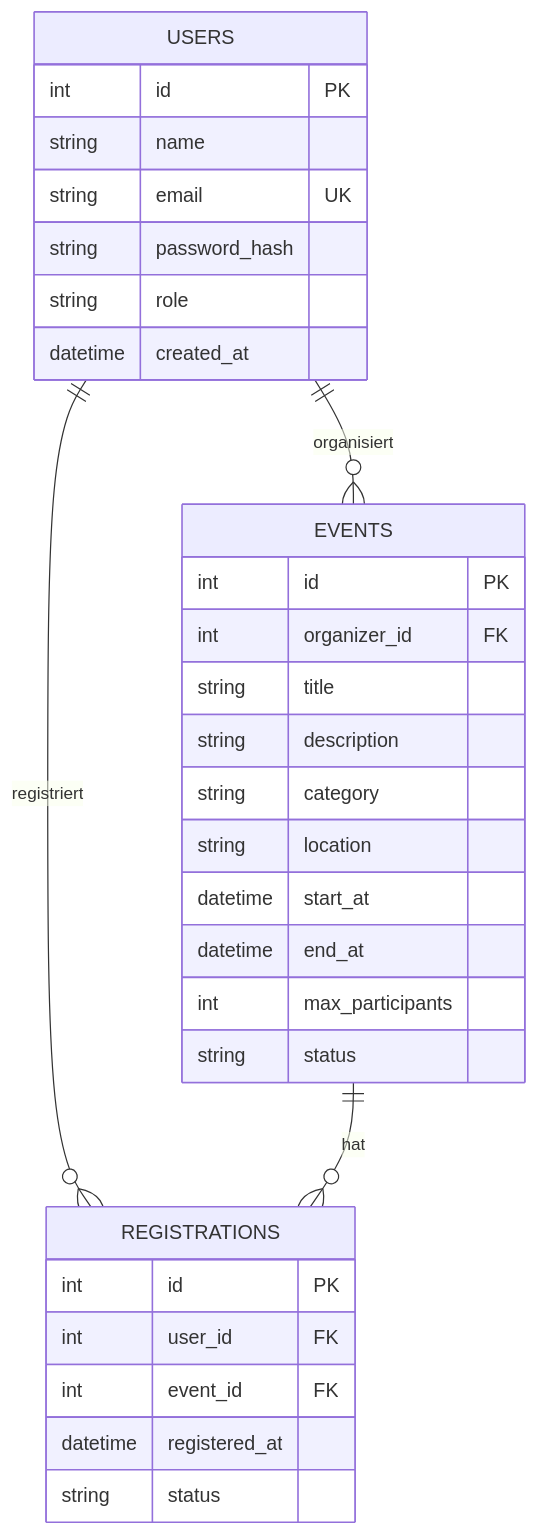
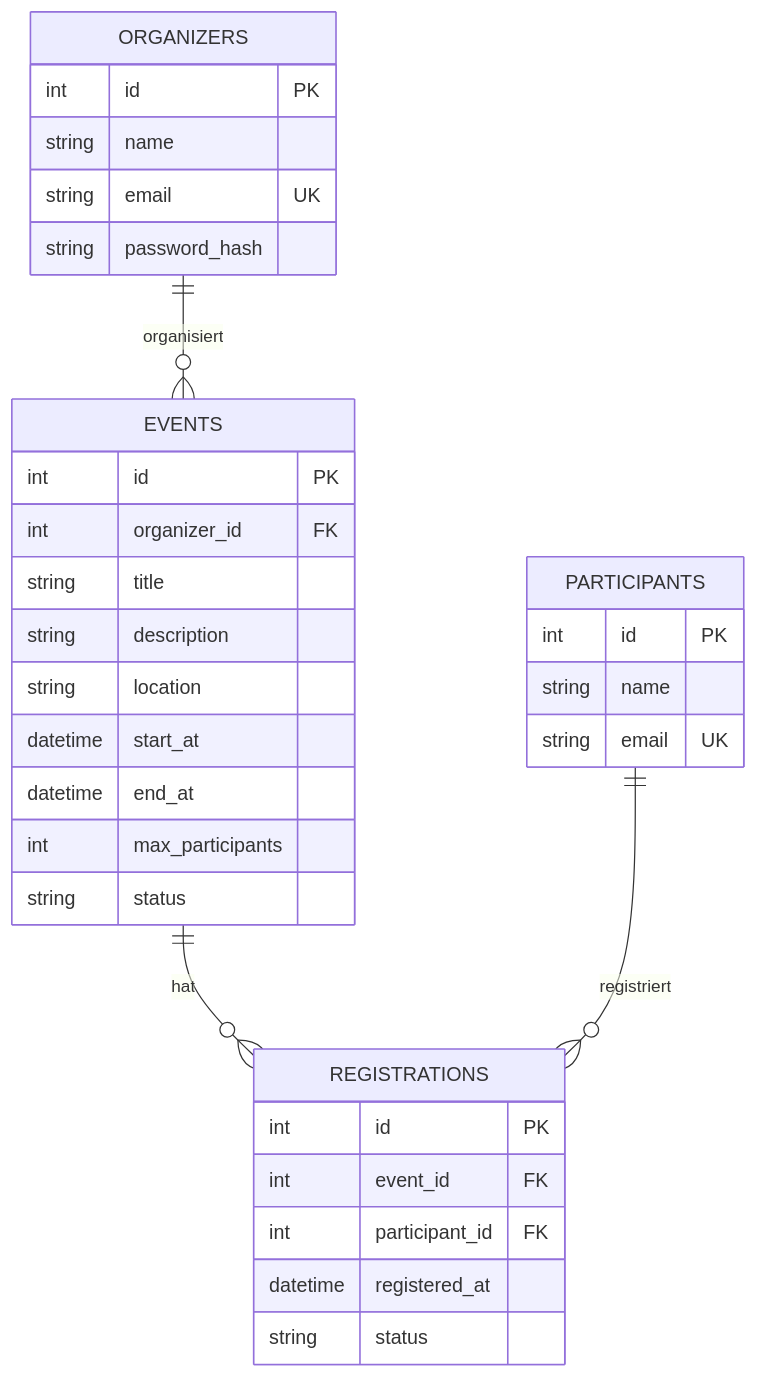
Before and after one commit to asy0/Event-Management-Platform: the second of 2 diagrams in docs/architecture.md, drawn with Mermaid. The commit also changed other lines of this file, not shown here.

Commit message:
Update ER diagram and user roles in architecture.md

````diff
--- a/docs/architecture.md
+++ b/docs/architecture.md
@@ -233,36 +231,39 @@
 ```mermaid
 erDiagram
-    USERS ||--o{ EVENTS : organisiert
-    USERS ||--o{ REGISTRATIONS : registriert
+    ORGANIZERS ||--o{ EVENTS : organisiert
     EVENTS ||--o{ REGISTRATIONS : hat
+    PARTICIPANTS ||--o{ REGISTRATIONS : registriert
 
-    USERS {
+    ORGANIZERS {
         int id PK
         string name
         string email UK
         string password_hash
-        string role
-        datetime created_at
     }
 
     EVENTS {
         int id PK
         int organizer_id FK
         string title
         string description
-        string category
         string location
         datetime start_at
         datetime end_at
         int max_participants
         string status
     }
 
+    PARTICIPANTS {
+        int id PK
+        string name
+        string email UK
+    }
+
     REGISTRATIONS {
         int id PK
-        int user_id FK
         int event_id FK
+        int participant_id FK
         datetime registered_at
         string status
     }
 ```
````
